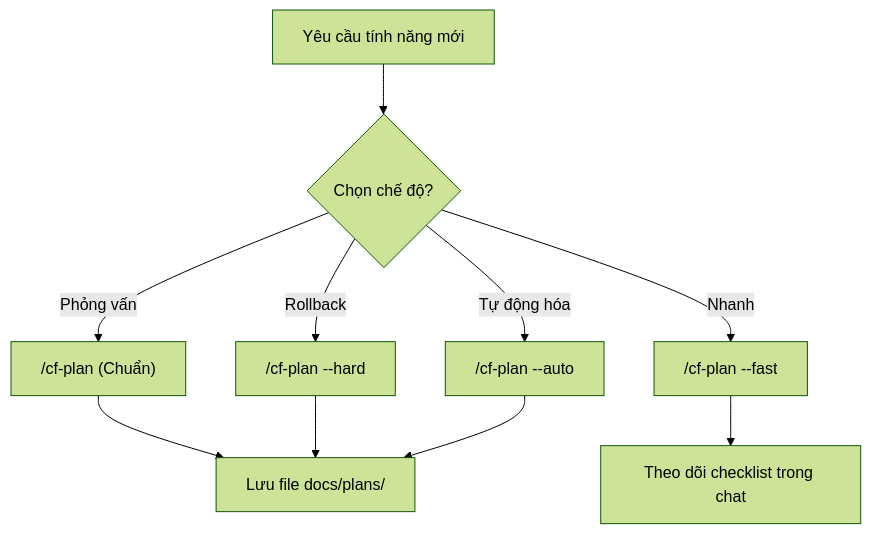
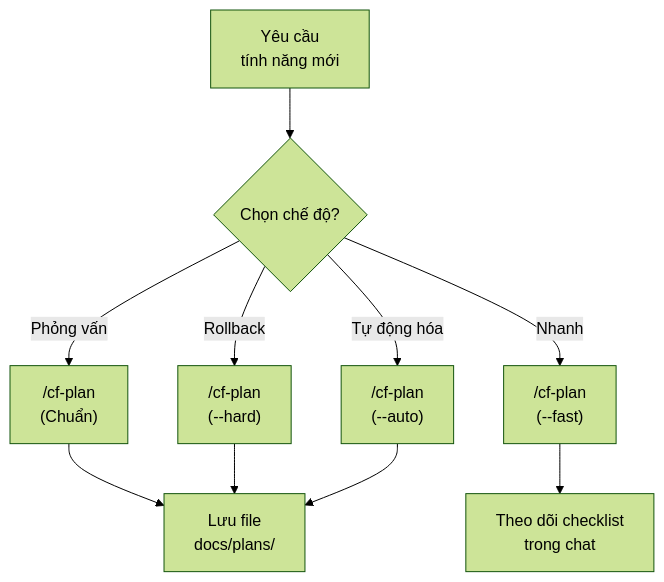
The third of 6 diagrams in content/posts/toan-tap-coding-friend-ai-engineering.md (nguyengoctin/my_website), drawn with Mermaid (forest theme) before and after one commit. The commit also changed other lines of this file and 3 other files, not shown here.

````diff
--- a/content/posts/toan-tap-coding-friend-ai-engineering.md
+++ b/content/posts/toan-tap-coding-friend-ai-engineering.md
@@ -94,20 +94,20 @@
 ```mermaid
 flowchart TD
-    UserReq["`Yêu cầu tính năng mới`"]
+    UserReq["`Yêu cầu<br/>tính năng mới`"]
     ModeCheck{"`Chọn chế độ?`"}
-    PlanNormal["`/cf-plan (Chuẩn)`"]
-    PlanFast["`/cf-plan --fast`"]
-    PlanHard["`/cf-plan --hard`"]
-    PlanAuto["`/cf-plan --auto`"]
-    Output["`Lưu file docs/plans/`"]
-    InlineOutput["`Theo dõi checklist trong chat`"]
+    PlanNormal["`/cf-plan<br/>(Chuẩn)`"]
+    PlanFast["`/cf-plan<br/>(--fast)`"]
+    PlanHard["`/cf-plan<br/>(--hard)`"]
+    PlanAuto["`/cf-plan<br/>(--auto)`"]
+    Output["`Lưu file<br/>docs/plans/`"]
+    InlineOutput["`Theo dõi checklist<br/>trong chat`"]
     UserReq --> ModeCheck
     ModeCheck -->|Phỏng vấn| PlanNormal
     ModeCheck -->|Nhanh| PlanFast
     ModeCheck -->|Rollback| PlanHard
     ModeCheck -->|Tự động hóa| PlanAuto
     PlanNormal --> Output
     PlanFast --> InlineOutput
     PlanHard --> Output
     PlanAuto --> Output
 ```
````
